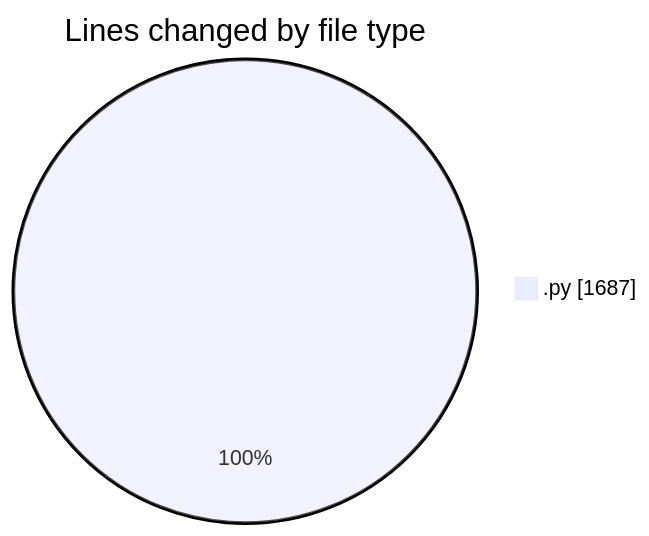
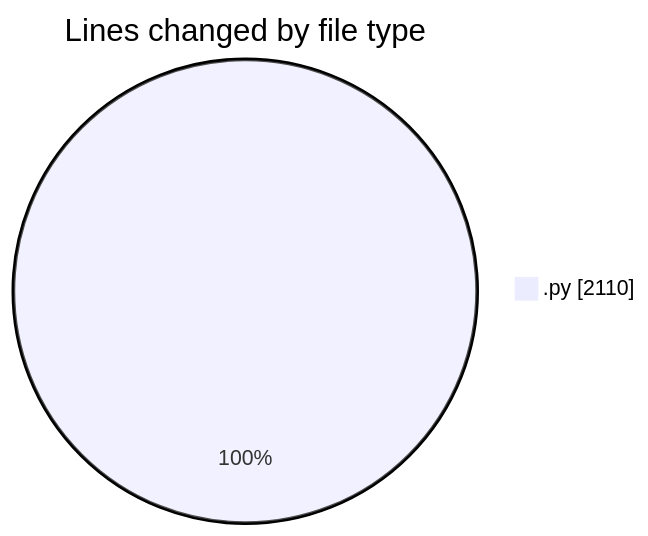
One commit to Ritupan-Deka/code-tracking changed the first of 2 diagrams in 2025-01-20/projects/README.md. Above: the diagram before and after it, drawn with Mermaid. The commit also changed other lines of this file and 1 other file, not shown here.

````diff
--- a/2025-01-20/projects/README.md
+++ b/2025-01-20/projects/README.md
@@ -20,5 +20,5 @@
 ```mermaid
 pie showData
 title Lines changed by file type
-".py" : 1687
+".py" : 2110
 ```
````
